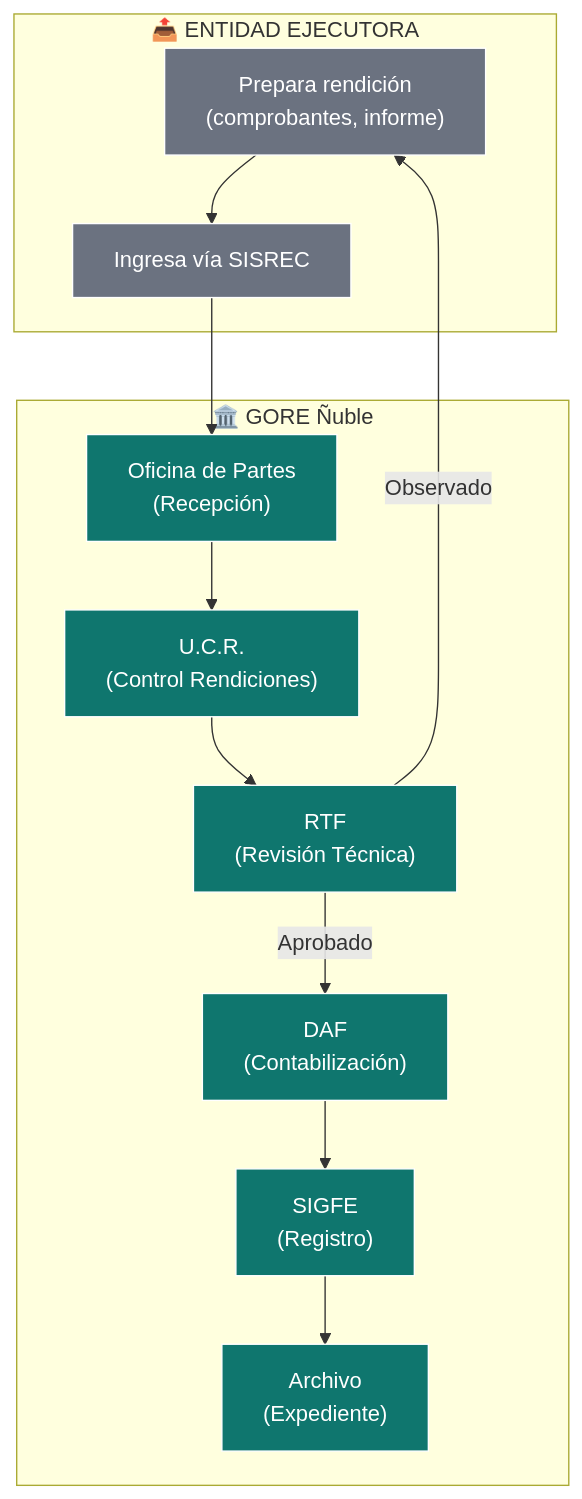
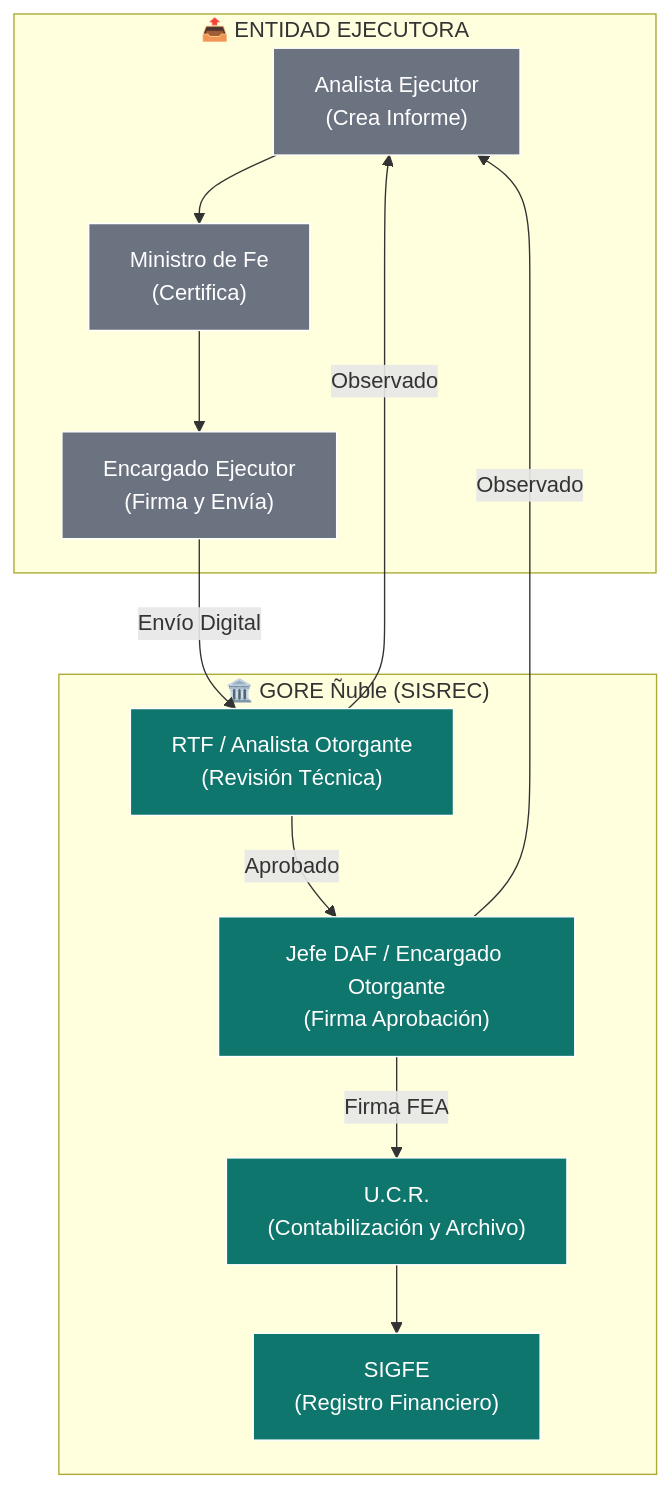
Before and after one commit to felix-antonio-sl/gorenuble: diagram 20 of 26 in knowledge/domains/gn/models/omega_gore_nuble_mermaid.md, drawn with Mermaid. The commit also changed other lines of this file and 2 other files, not shown here.

Commit message:
docs: Update GORE Ñuble model with territorial ficha, organizational structure refinements, and legal restrictions.

````diff
--- a/knowledge/domains/gn/models/omega_gore_nuble_mermaid.md
+++ b/knowledge/domains/gn/models/omega_gore_nuble_mermaid.md
@@ -1501,33 +1586,33 @@
 ```mermaid
 flowchart TB
     subgraph EE["📤 ENTIDAD EJECUTORA"]
-        EE1["Prepara rendición<br/>(comprobantes, informe)"]
-        EE2["Ingresa vía SISREC"]
+        EE1["Analista Ejecutor<br/>(Crea Informe)"]
+        EE2["Ministro de Fe<br/>(Certifica)"]
+        EE3["Encargado Ejecutor<br/>(Firma y Envía)"]
     end
     
-    subgraph GORE["🏛️ GORE Ñuble"]
-        OP["Oficina de Partes<br/>(Recepción)"]
-        UCR["U.C.R.<br/>(Control Rendiciones)"]
-        RTF["RTF<br/>(Revisión Técnica)"]
-        DAF["DAF<br/>(Contabilización)"]
-        SIGFE["SIGFE<br/>(Registro)"]
-        ARCH["Archivo<br/>(Expediente)"]
+    subgraph GORE["🏛️ GORE Ñuble (SISREC)"]
+        RTF["RTF / Analista Otorgante<br/>(Revisión Técnica)"]
+        JEFE["Jefe DAF / Encargado Otorgante<br/>(Firma Aprobación)"]
+        UCR["U.C.R.<br/>(Contabilización y Archivo)"]
+        SIGFE["SIGFE<br/>(Registro Financiero)"]
     end
+
+    EE1 --> EE2
+    EE2 --> EE3
+    EE3 -->|Envío Digital| RTF
     
-    EE1 --> EE2
-    EE2 --> OP
-    OP --> UCR
-    UCR --> RTF
-    
-    RTF -->|Aprobado| DAF
+    RTF -->|Aprobado| JEFE
     RTF -->|Observado| EE1
     
-    DAF --> SIGFE
-    SIGFE --> ARCH
+    JEFE -->|Firma FEA| UCR
+    JEFE -->|Observado| EE1
+    
+    UCR --> SIGFE
     
     classDef ee fill:#6b7280,stroke:#fff,color:#fff
     classDef gore fill:#0f766e,stroke:#fff,color:#fff
     
-    class EE1,EE2 ee
-    class OP,UCR,RTF,DAF,SIGFE,ARCH gore
+    class EE1,EE2,EE3 ee
+    class RTF,JEFE,UCR,SIGFE gore
 ```
````
